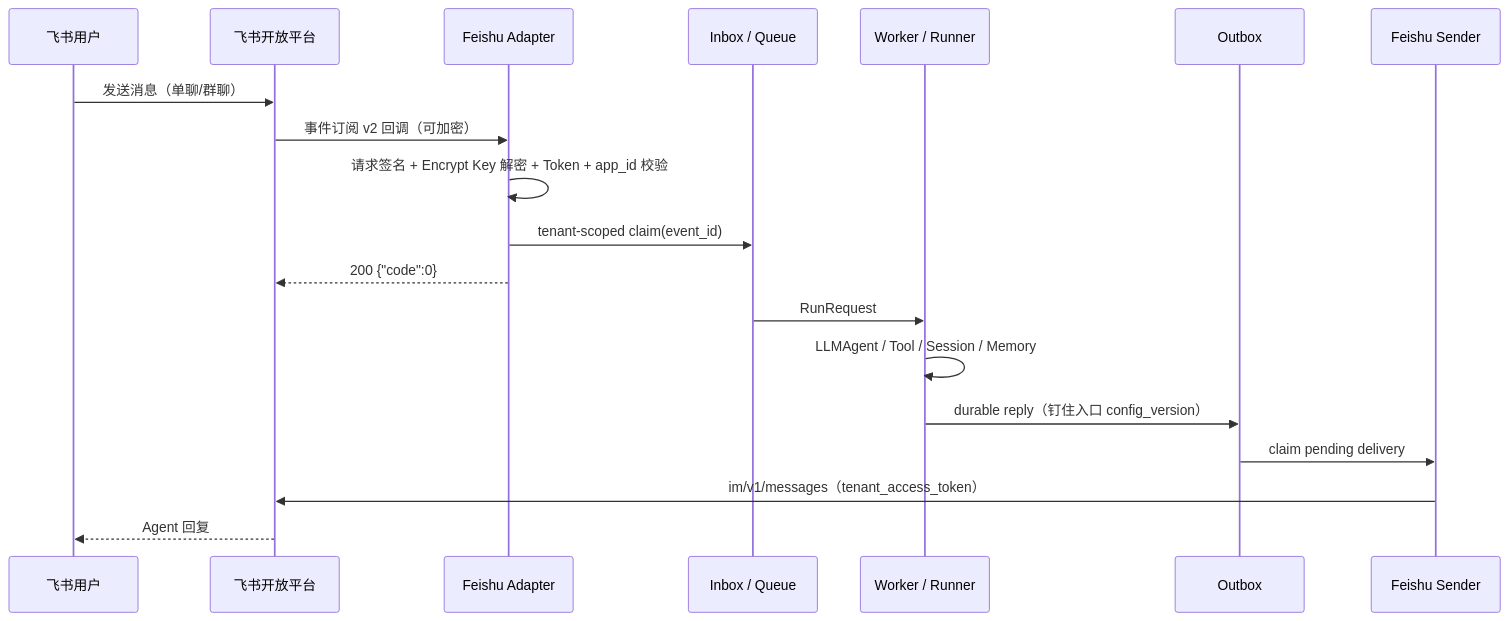
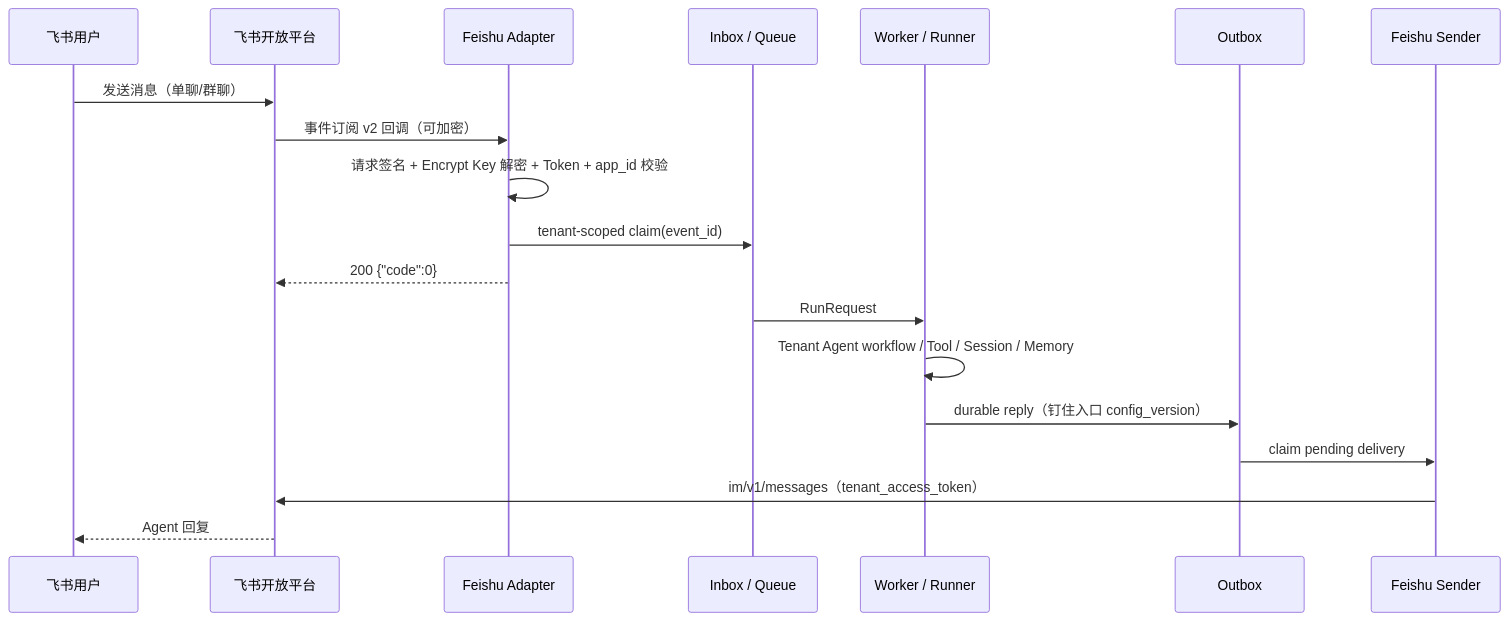
Before and after one commit to Skylm808/trpc-agent-service: the diagram in docs/feishu.md, drawn with Mermaid. The commit also changed 53 other files, not shown here.

````diff
--- a/docs/feishu.md
+++ b/docs/feishu.md
@@ -24,21 +24,21 @@
 ```mermaid
 sequenceDiagram
     participant U as 飞书用户
     participant F as 飞书开放平台
     participant A as Feishu Adapter
     participant I as Inbox / Queue
     participant R as Worker / Runner
     participant O as Outbox
     participant S as Feishu Sender
     U->>F: 发送消息（单聊/群聊）
     F->>A: 事件订阅 v2 回调（可加密）
     A->>A: 请求签名 + Encrypt Key 解密 + Token + app_id 校验
     A->>I: tenant-scoped claim(event_id)
     A-->>F: 200 {"code":0}
     I->>R: RunRequest
-    R->>R: LLMAgent / Tool / Session / Memory
+    R->>R: Tenant Agent workflow / Tool / Session / Memory
     R->>O: durable reply（钉住入口 config_version）
     O->>S: claim pending delivery
     S->>F: im/v1/messages（tenant_access_token）
     F-->>U: Agent 回复
 ```
````
